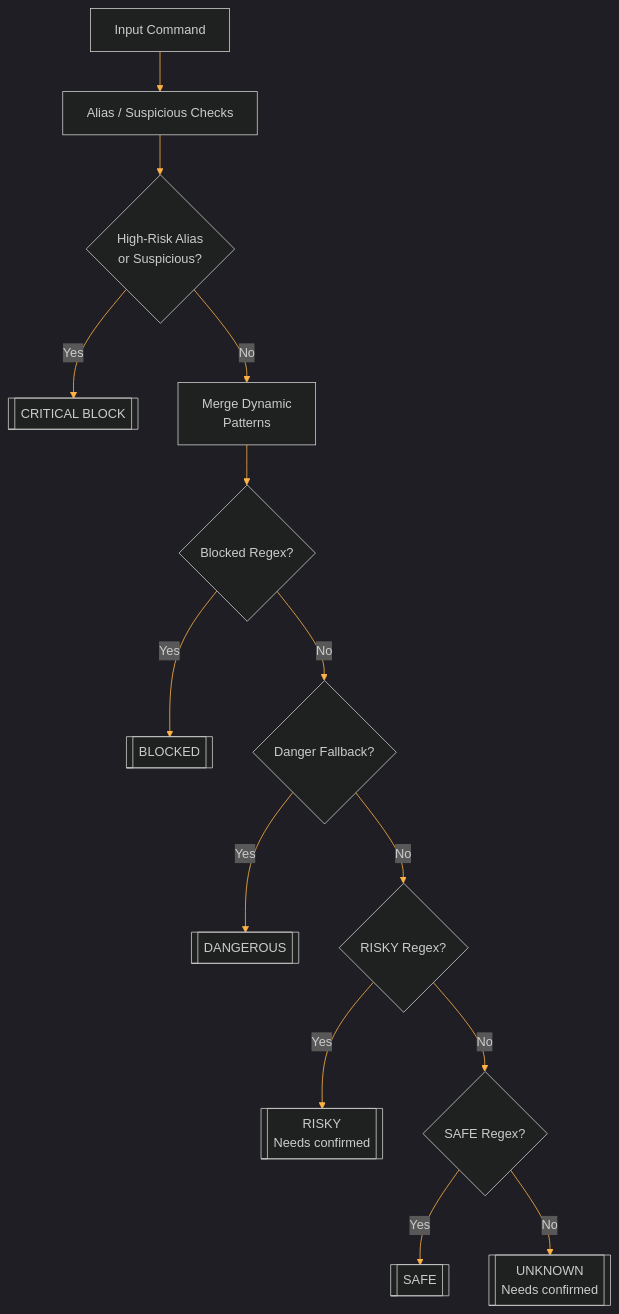
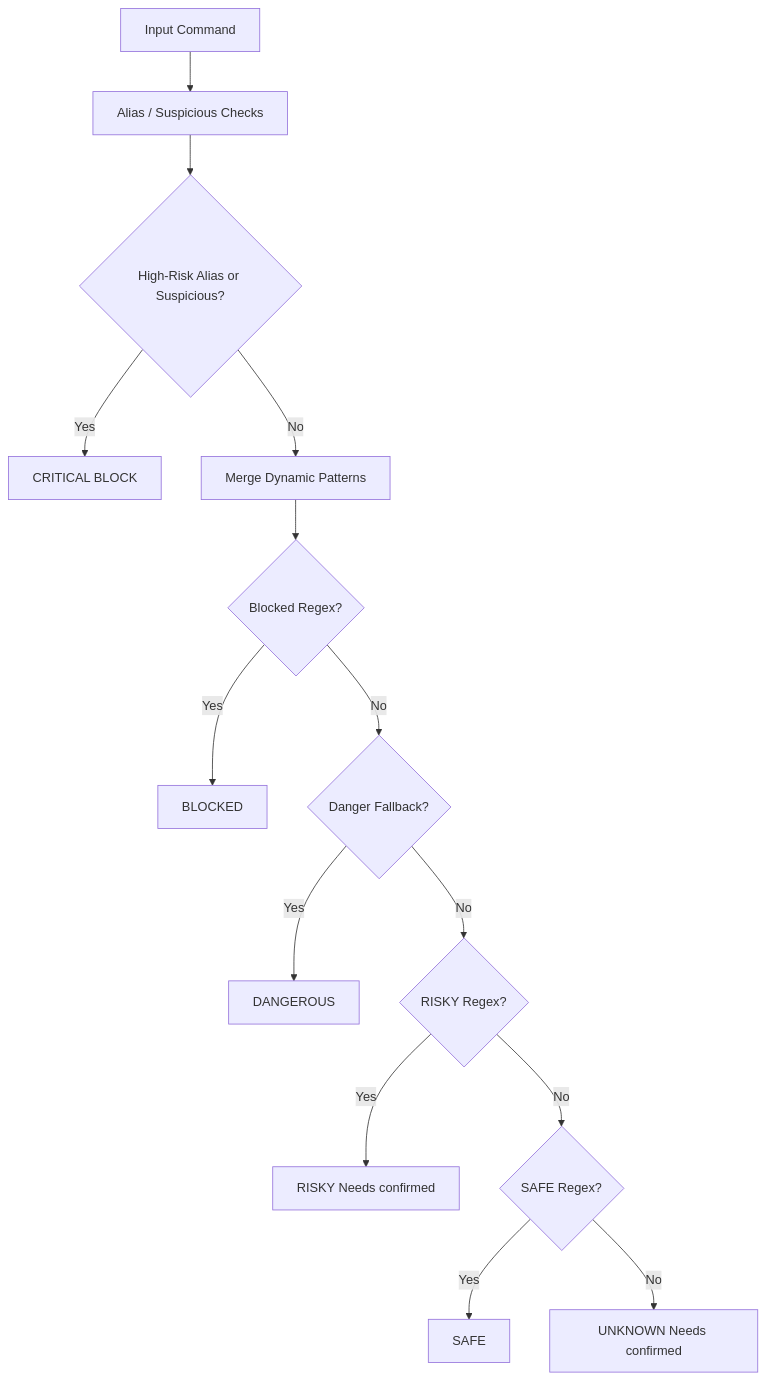
Before and after one commit to jagilber-org/powershell-mcp-server: the third of 11 diagrams in docs/ARCHITECTURE.md, drawn with Mermaid. The commit also changed other lines of this file and 52 other files, not shown here.

````diff
--- a/docs/ARCHITECTURE.md
+++ b/docs/ARCHITECTURE.md
@@ -111,17 +108,16 @@
 ```mermaid
-%%{init: {"theme":"dark","themeVariables": {"primaryColor": "#1e2730","primaryTextColor":"#e6f1ff","primaryBorderColor":"#ff7b72","lineColor":"#ffb347","secondaryColor":"#2a3542","tertiaryColor":"#16202a","fontFamily":"Segoe UI,Inter,Arial"}}}%%
 flowchart TD
     A[Input Command] --> B[Alias / Suspicious Checks]
-    B --> C{High-Risk Alias\nor Suspicious?}
-    C -->|Yes| CRIT[[CRITICAL BLOCK]]
-    C -->|No| D[Merge Dynamic\nPatterns]
+    B --> C{High-Risk Alias or Suspicious?}
+    C -->|Yes| CRIT[CRITICAL BLOCK]
+    C -->|No| D[Merge Dynamic Patterns]
     D --> E{Blocked Regex?}
-    E -->|Yes| BLK[[BLOCKED]]
+    E -->|Yes| BLK[BLOCKED]
     E -->|No| F{Danger Fallback?}
-    F -->|Yes| DANG[[DANGEROUS]]
+    F -->|Yes| DANG[DANGEROUS]
     F -->|No| G{RISKY Regex?}
-    G -->|Yes| RISKY[[RISKY\nNeeds confirmed]]
+    G -->|Yes| RISKY[RISKY Needs confirmed]
     G -->|No| H{SAFE Regex?}
-    H -->|Yes| SAFE[[SAFE]]
-    H -->|No| UNK[[UNKNOWN\nNeeds confirmed]]
+    H -->|Yes| SAFE[SAFE]
+    H -->|No| UNK[UNKNOWN Needs confirmed]
 ```
````
